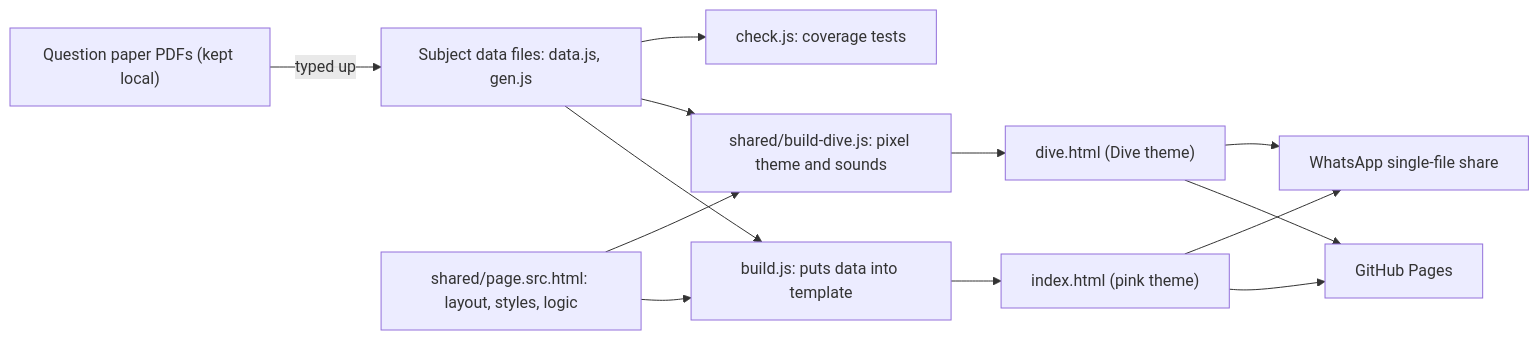
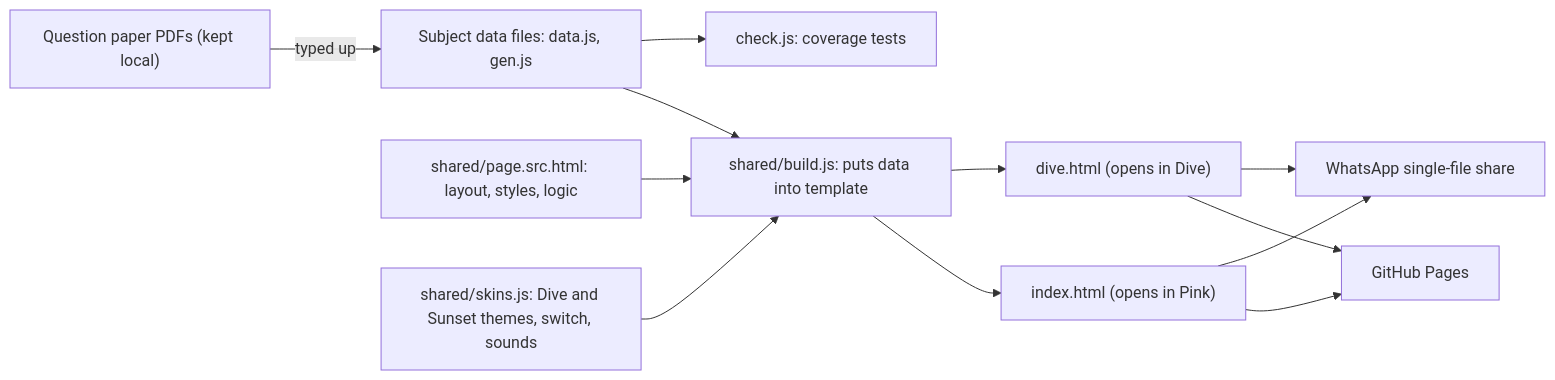
Before and after one commit to shru930/srm-sem5-pyq-hub: the first of 2 diagrams in README.md, drawn with Mermaid. The commit also changed other lines of this file and 20 other files, not shown here.

First line of the commit message:
Add Pink/Dive/Sunset theme switch to every site and drawn diagrams to Maths answers

````diff
--- a/README.md
+++ b/README.md
@@ -212,15 +224,14 @@
 ```mermaid
 flowchart LR
     A["Question paper PDFs (kept local)"] -- "typed up" --> B["Subject data files: data.js, gen.js"]
-    T["shared/page.src.html: layout, styles, logic"] --> C["build.js: puts data into template"]
+    T["shared/page.src.html: layout, styles, logic"] --> C["shared/build.js: puts data into template"]
     B --> C
-    C --> D["index.html (pink theme)"]
-    B --> E["shared/build-dive.js: pixel theme and sounds"]
-    T --> E
-    E --> F["dive.html (Dive theme)"]
+    K["shared/skins.js: Dive and Sunset themes, switch, sounds"] --> C
+    C --> D["index.html (opens in Pink)"]
+    C --> F["dive.html (opens in Dive)"]
     B --> G["check.js: coverage tests"]
     D --> H["GitHub Pages"]
     F --> H
     D --> I["WhatsApp single-file share"]
     F --> I
 ```
````
